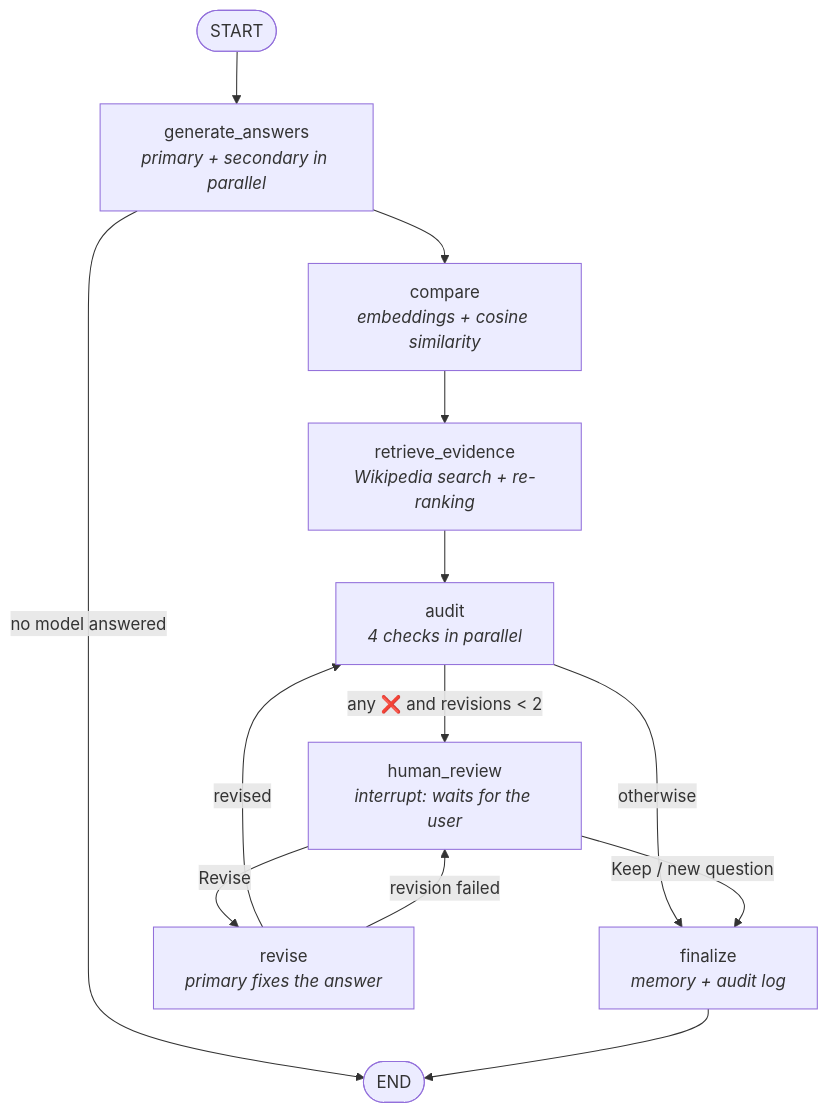
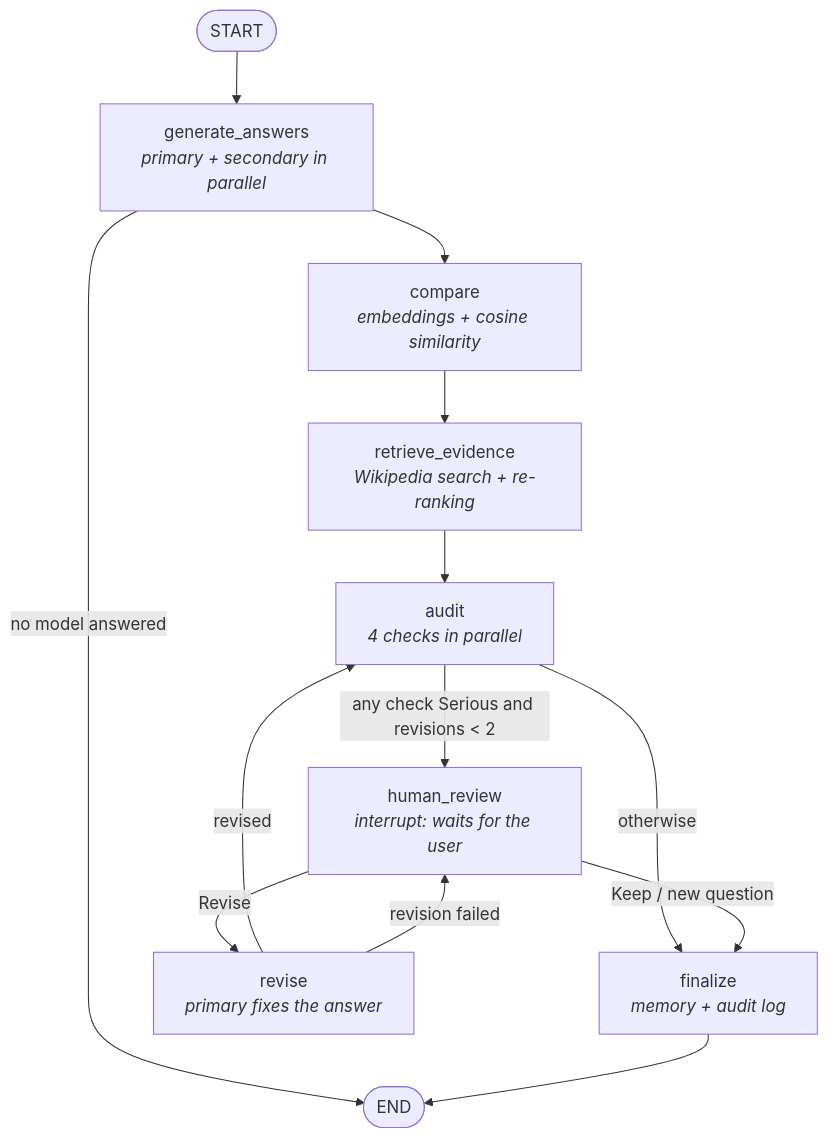
The diagram in README.md (tamarkilasonia/VerdictAI), drawn with Mermaid before and after one commit. The commit also changed other lines of this file and 4 other files, not shown here.

````diff
--- a/README.md
+++ b/README.md
@@ -50,15 +50,15 @@
 ```mermaid
 flowchart TD
     S([START]) --> G[generate_answers<br/><i>primary + secondary in parallel</i>]
     G -->|no model answered| E([END])
     G --> C[compare<br/><i>embeddings + cosine similarity</i>]
     C --> R[retrieve_evidence<br/><i>Wikipedia search + re-ranking</i>]
     R --> A[audit<br/><i>4 checks in parallel</i>]
-    A -->|"any ❌ and revisions < 2"| H[human_review<br/><i>interrupt: waits for the user</i>]
+    A -->|"any check Serious and revisions < 2"| H[human_review<br/><i>interrupt: waits for the user</i>]
     A -->|otherwise| F[finalize<br/><i>memory + audit log</i>]
     H -->|Revise| V[revise<br/><i>primary fixes the answer</i>]
     H -->|Keep / new question| F
     V -->|revised| A
     V -->|revision failed| H
     F --> E
 ```
````
